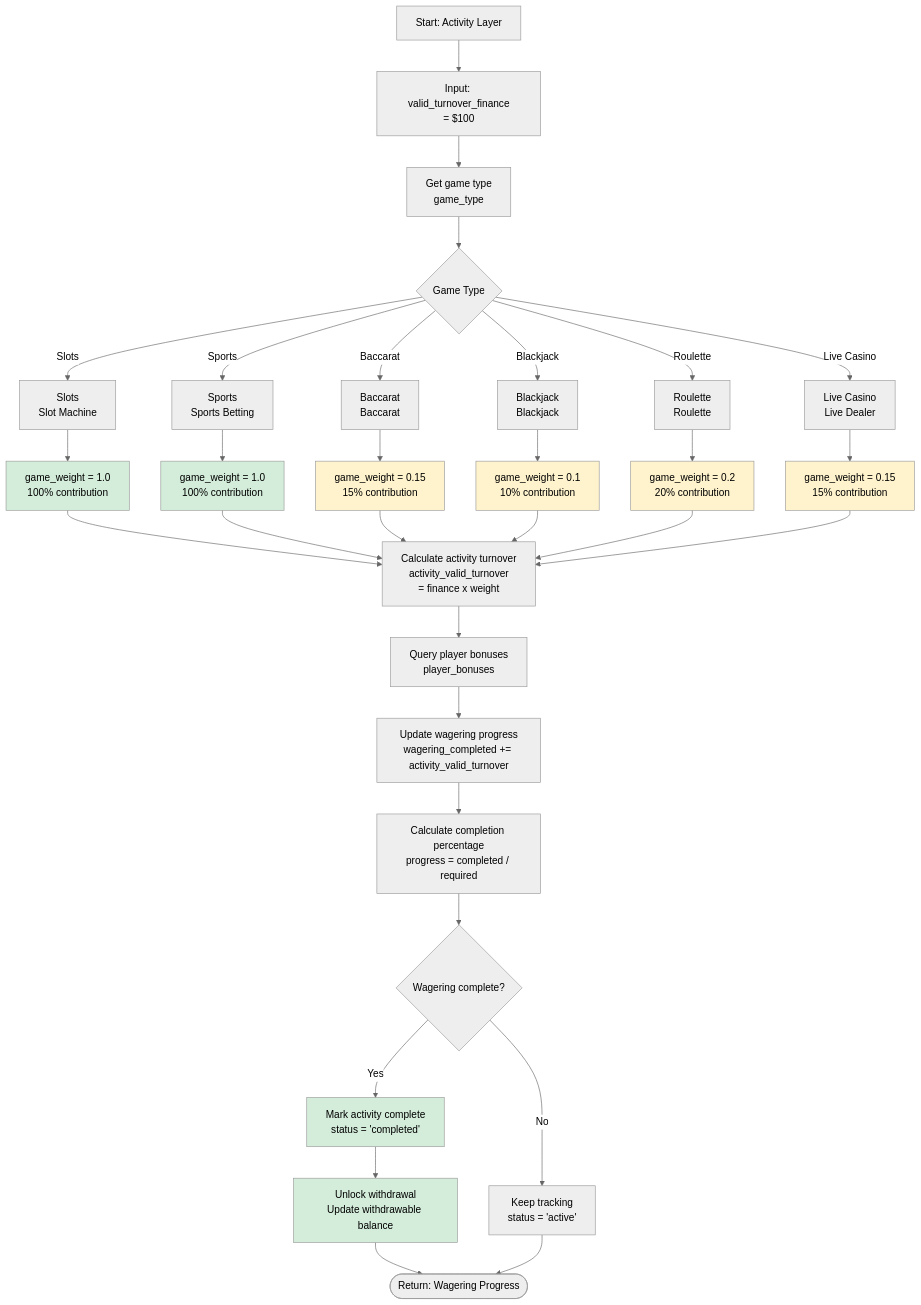
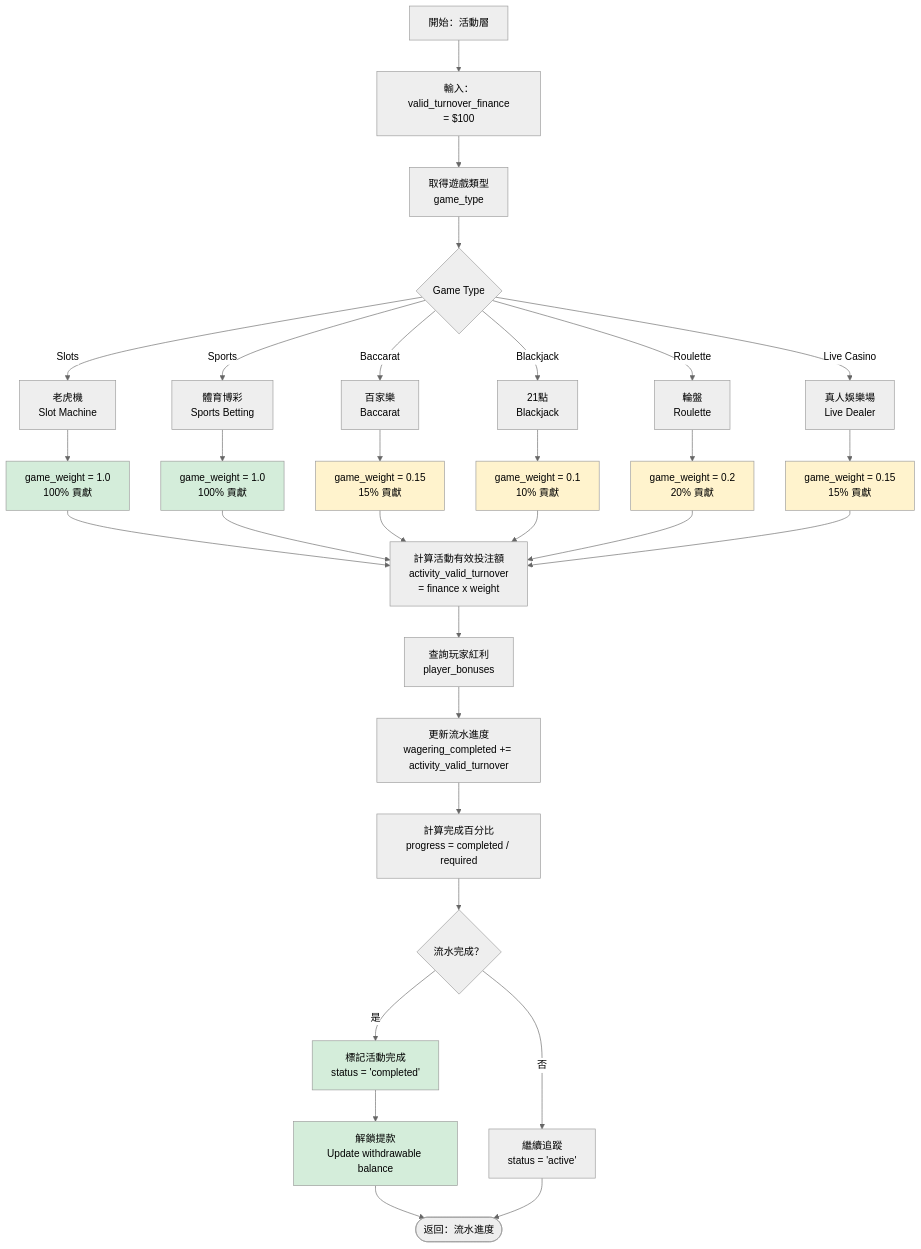
The fifth of 7 diagrams in docs/iGaming/architecture/03_Game_Integration/Turnover_Calculation_Logic.md (ron03wlb/smart-admin), drawn with Mermaid (neutral theme) before and after one commit. The commit also changed other lines of this file and 4 other files, not shown here.

First line of the commit message:
docs(iGaming): translate Batch 20 — Game Integration/Activity Engine (5 files)

````diff
--- a/docs/iGaming/architecture/03_Game_Integration/Turnover_Calculation_Logic.md
+++ b/docs/iGaming/architecture/03_Game_Integration/Turnover_Calculation_Logic.md
@@ -345,40 +345,40 @@
 ```mermaid
 flowchart TD
-    A[Start: Activity Layer]
-    B["Input: valid_turnover_finance<br/>= $100"]
-    C["Get game type<br/>game_type"]
+    A[開始：活動層]
+    B["輸入：valid_turnover_finance<br/>= $100"]
+    C["取得遊戲類型<br/>game_type"]
     D{Game Type}
 
-    E["Slots<br/>Slot Machine"]
-    F["game_weight = 1.0<br/>100% contribution"]
+    E["老虎機<br/>Slot Machine"]
+    F["game_weight = 1.0<br/>100% 貢獻"]
 
-    G["Sports<br/>Sports Betting"]
-    H["game_weight = 1.0<br/>100% contribution"]
+    G["體育博彩<br/>Sports Betting"]
+    H["game_weight = 1.0<br/>100% 貢獻"]
 
-    I["Baccarat<br/>Baccarat"]
-    J["game_weight = 0.15<br/>15% contribution"]
+    I["百家樂<br/>Baccarat"]
+    J["game_weight = 0.15<br/>15% 貢獻"]
 
-    K["Blackjack<br/>Blackjack"]
-    L["game_weight = 0.1<br/>10% contribution"]
+    K["21點<br/>Blackjack"]
+    L["game_weight = 0.1<br/>10% 貢獻"]
 
-    M["Roulette<br/>Roulette"]
-    N["game_weight = 0.2<br/>20% contribution"]
+    M["輪盤<br/>Roulette"]
+    N["game_weight = 0.2<br/>20% 貢獻"]
 
-    O["Live Casino<br/>Live Dealer"]
-    P["game_weight = 0.15<br/>15% contribution"]
+    O["真人娛樂場<br/>Live Dealer"]
+    P["game_weight = 0.15<br/>15% 貢獻"]
 
-    Q["Calculate activity turnover<br/>activity_valid_turnover<br/>= finance x weight"]
+    Q["計算活動有效投注額<br/>activity_valid_turnover<br/>= finance x weight"]
 
-    R["Query player bonuses<br/>player_bonuses"]
-    S["Update wagering progress<br/>wagering_completed += activity_valid_turnover"]
-    T["Calculate completion percentage<br/>progress = completed / required"]
+    R["查詢玩家紅利<br/>player_bonuses"]
+    S["更新流水進度<br/>wagering_completed += activity_valid_turnover"]
+    T["計算完成百分比<br/>progress = completed / required"]
 
-    U{Wagering complete?}
-    V["Mark activity complete<br/>status = 'completed'"]
-    W["Unlock withdrawal<br/>Update withdrawable balance"]
-    X["Keep tracking<br/>status = 'active'"]
+    U{流水完成？}
+    V["標記活動完成<br/>status = 'completed'"]
+    W["解鎖提款<br/>Update withdrawable balance"]
+    X["繼續追蹤<br/>status = 'active'"]
 
-    End([Return: Wagering Progress])
+    End([返回：流水進度])
 
     A --> B
     B --> C
@@ -410,8 +410,8 @@
     S --> T
     T --> U
 
-    U -->|Yes| V
-    U -->|No| X
+    U -->|是| V
+    U -->|否| X
 
     V --> W
     W --> End
````
